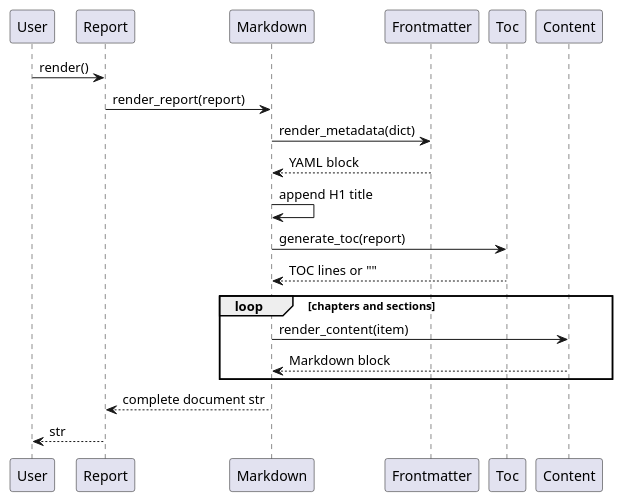
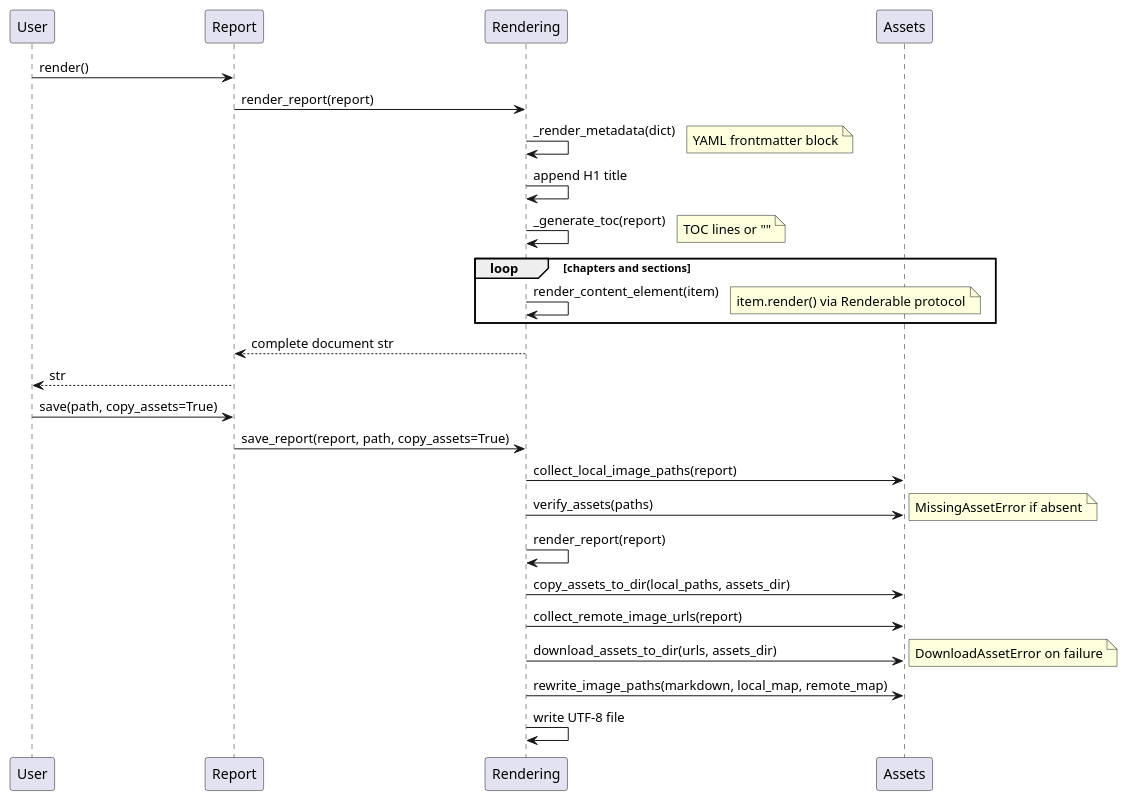
The fourth of 6 diagrams in docs/API_REFERENCE.md (antoinebarre/mkforge), drawn with PlantUML before and after one commit. The commit also changed other lines of this file and 33 other files, not shown here.

````diff
--- a/docs/API_REFERENCE.md
+++ b/docs/API_REFERENCE.md
@@ -1331,24 +1434,35 @@
 ```plantuml
 @startuml render-sequence
 participant User
 participant Report
-participant Markdown
-participant Frontmatter
-participant Toc
-participant Content
+participant Rendering
+participant Assets
 
 User -> Report: render()
-Report -> Markdown: render_report(report)
-Markdown -> Frontmatter: render_metadata(dict)
-Frontmatter --> Markdown: YAML block
-Markdown -> Markdown: append H1 title
-Markdown -> Toc: generate_toc(report)
-Toc --> Markdown: TOC lines or ""
+Report -> Rendering: render_report(report)
+Rendering -> Rendering: _render_metadata(dict)
+note right: YAML frontmatter block
+Rendering -> Rendering: append H1 title
+Rendering -> Rendering: _generate_toc(report)
+note right: TOC lines or ""
 loop chapters and sections
-  Markdown -> Content: render_content(item)
-  Content --> Markdown: Markdown block
+  Rendering -> Rendering: render_content_element(item)
+  note right: item.render() via Renderable protocol
 end
-Markdown --> Report: complete document str
+Rendering --> Report: complete document str
 Report --> User: str
+
+User -> Report: save(path, copy_assets=True)
+Report -> Rendering: save_report(report, path, copy_assets=True)
+Rendering -> Assets: collect_local_image_paths(report)
+Rendering -> Assets: verify_assets(paths)
+note right: MissingAssetError if absent
+Rendering -> Rendering: render_report(report)
+Rendering -> Assets: copy_assets_to_dir(local_paths, assets_dir)
+Rendering -> Assets: collect_remote_image_urls(report)
+Rendering -> Assets: download_assets_to_dir(urls, assets_dir)
+note right: DownloadAssetError on failure
+Rendering -> Assets: rewrite_image_paths(markdown, local_map, remote_map)
+Rendering -> Rendering: write UTF-8 file
 @enduml
 ```
````
